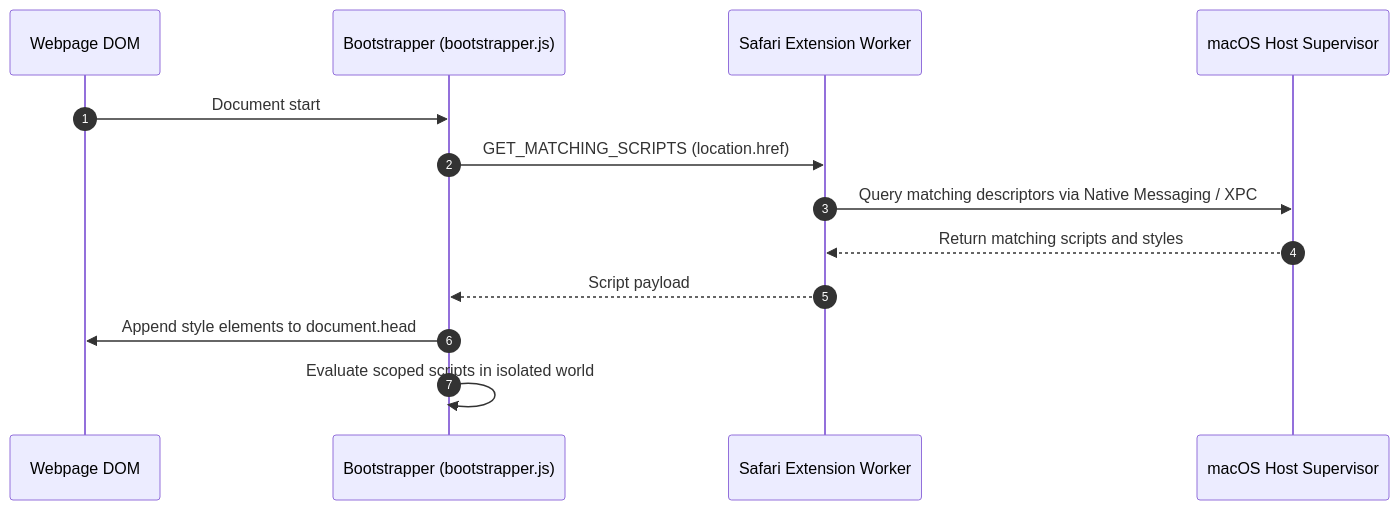
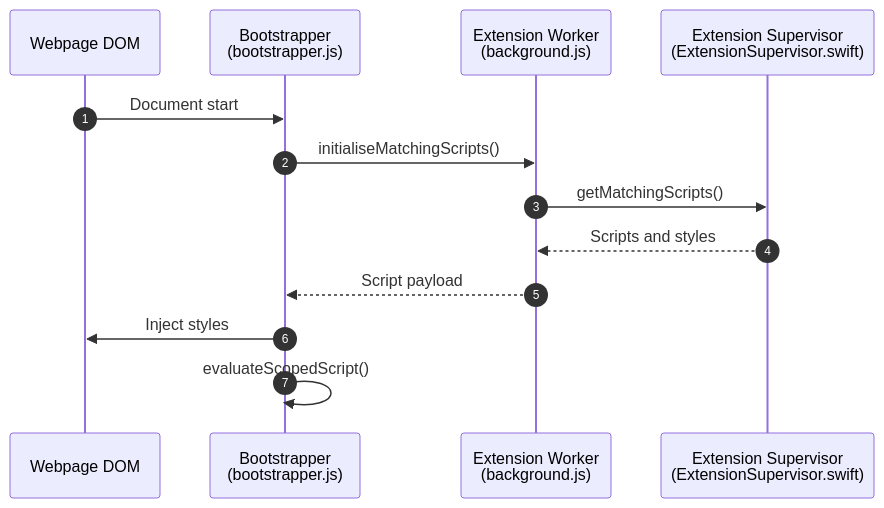
The fourth of 7 diagrams in docs/architecture.md (easonwong-de/Wirt), drawn with Mermaid before and after one commit. The commit also changed other lines of this file, not shown here.

Commit message:
docs: polish architecture documentaion

````diff
--- a/docs/architecture.md
+++ b/docs/architecture.md
@@ -80,16 +122,16 @@
 ```mermaid
 sequenceDiagram
     autonumber
     participant Page as Webpage DOM
-    participant Boot as Bootstrapper (bootstrapper.js)
-    participant Worker as Safari Extension Worker
-    participant Host as macOS Host Supervisor
+    participant Boot as Bootstrapper<br/>(bootstrapper.js)
+    participant Worker as Extension Worker<br/>(background.js)
+    participant Supervisor as Extension Supervisor<br/>(ExtensionSupervisor.swift)
 
     Page->>Boot: Document start
-    Boot->>Worker: GET_MATCHING_SCRIPTS (location.href)
-    Worker->>Host: Query matching descriptors via Native Messaging / XPC
-    Host-->>Worker: Return matching scripts and styles
+    Boot->>Worker: initialiseMatchingScripts()
+    Worker->>Supervisor: getMatchingScripts()
+    Supervisor-->>Worker: Scripts and styles
     Worker-->>Boot: Script payload
-    Boot->>Page: Append style elements to document.head
-    Boot->>Boot: Evaluate scoped scripts in isolated world
+    Boot->>Page: Inject styles
+    Boot->>Boot: evaluateScopedScript()
 ```
````
